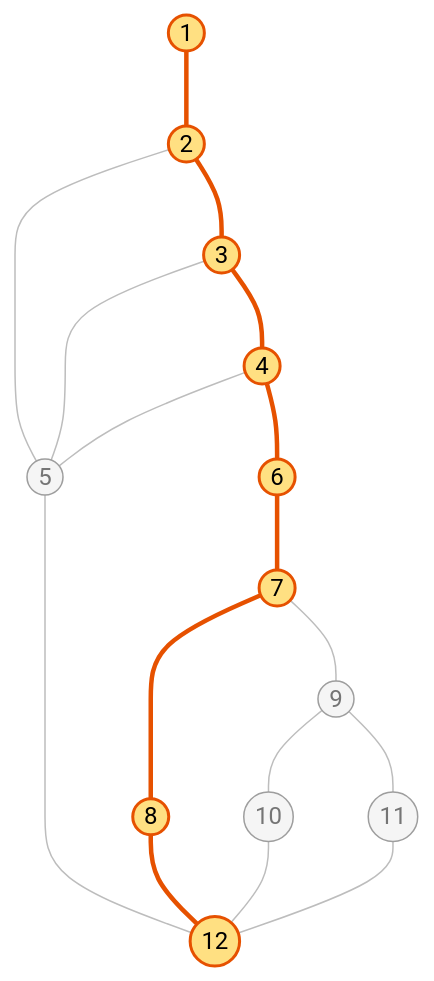
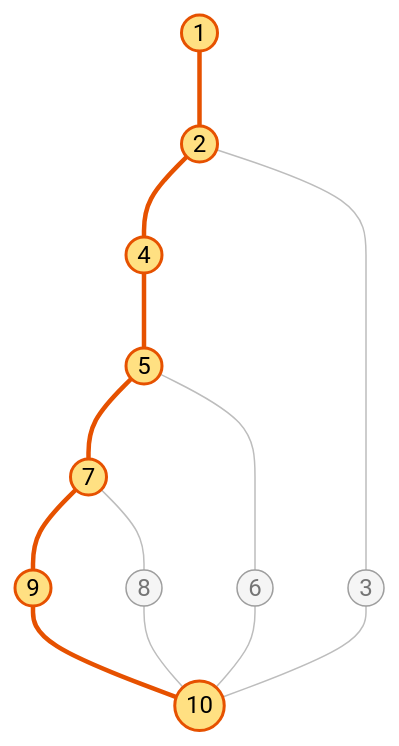
One commit to bloedige/itdb_ctf changed the fifth of 5 diagrams in tests/docs/caja_blanca_05_acceso_evento_cerrado.md. Above: the diagram before and after it, drawn with Mermaid (base theme). The commit also changed other lines of this file and 47 other files, not shown here.

````diff
--- a/tests/docs/caja_blanca_05_acceso_evento_cerrado.md
+++ b/tests/docs/caja_blanca_05_acceso_evento_cerrado.md
@@ -184,24 +172,20 @@
 ```mermaid
 graph TD
     n1((1)) --- n2((2))
-    n2 --- n5((5))
-    n5 --- n12((12))
-    n2 --- n3((3))
-    n3 --- n5
-    n3 --- n4((4))
-    n4 --- n5
-    n4 --- n6((6))
-    n6 --- n7((7))
-    n7 --- n8((8))
-    n8 --- n12
+    n2 --- n4((4))
+    n4 --- n5((5))
+    n5 --- n7((7))
     n7 --- n9((9))
     n9 --- n10((10))
-    n10 --- n12
-    n9 --- n11((11))
-    n11 --- n12
+    n7 --- n8((8))
+    n8 --- n10
+    n5 --- n6((6))
+    n6 --- n10
+    n2 --- n3((3))
+    n3 --- n10
     classDef default fill:#f5f5f5,stroke:#9e9e9e,color:#757575
     classDef camino fill:#ffe082,stroke:#e65100,stroke-width:2px,color:#000
-    class n1,n2,n3,n4,n6,n7,n8,n12 camino
+    class n1,n2,n4,n5,n7,n9,n10 camino
     linkStyle default stroke:#bdbdbd,stroke-width:1px
-    linkStyle 0,3,5,7,8,9,10 stroke:#e65100,stroke-width:3px
+    linkStyle 0,1,2,3,4,5 stroke:#e65100,stroke-width:3px
 ```
````
